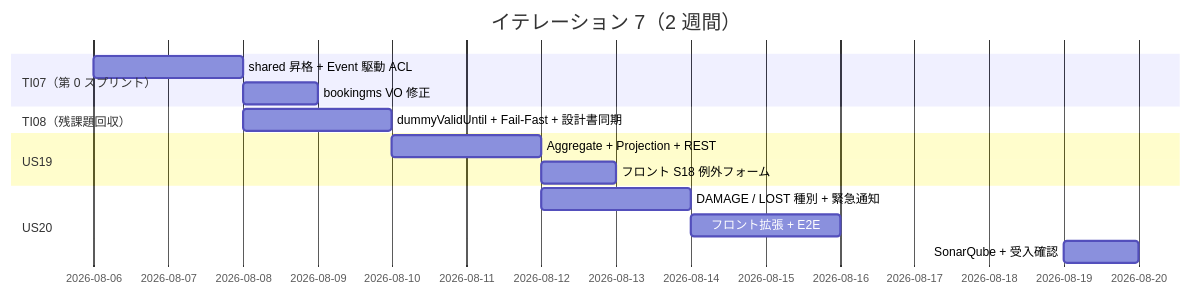
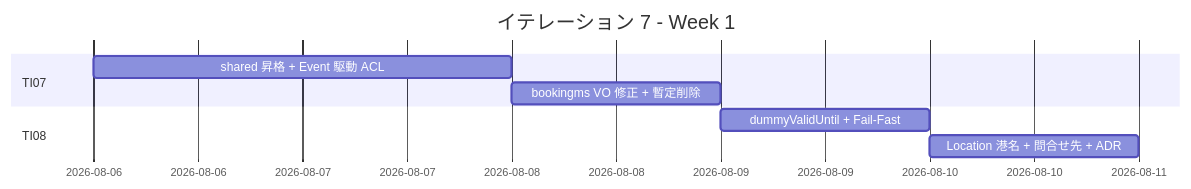
Before and after one commit to k2works/case-study-cargo-tracker: the first of 10 diagrams in docs/development/iteration_plan-7.md, drawn with Mermaid. The commit also changed other lines of this file, not shown here.

````diff
--- a/docs/development/iteration_plan-7.md
+++ b/docs/development/iteration_plan-7.md
@@ -204,17 +221,11 @@
 ```mermaid
 gantt
-    title イテレーション 7（2 週間）
+    title イテレーション 7 - Week 1
     dateFormat  YYYY-MM-DD
-    section TI07（第 0 スプリント）
-    shared 昇格 + Event 駆動 ACL  :ti07, 2026-08-06, 2d
-    bookingms VO 修正            :after ti07, 1d
-    section TI08（残課題回収）
-    dummyValidUntil + Fail-Fast + 設計書同期 :ti08, after ti07, 2d
-    section US19
-    Aggregate + Projection + REST :us19, after ti08, 2d
-    フロント S18 例外フォーム       :after us19, 1d
-    section US20
-    DAMAGE / LOST 種別 + 緊急通知    :us20, after us19, 2d
-    フロント拡張 + E2E              :after us20, 2d
-    SonarQube + 受入確認            :2026-08-19, 1d
+    section TI07
+    shared 昇格 + Event 駆動 ACL       :d1, 2026-08-06, 2d
+    bookingms VO 修正 + 暫定削除       :d2, after d1, 1d
+    section TI08
+    dummyValidUntil + Fail-Fast       :d3, after d2, 1d
+    Location 港名 + 問合せ先 + ADR     :d4, after d3, 1d
 ```
````
